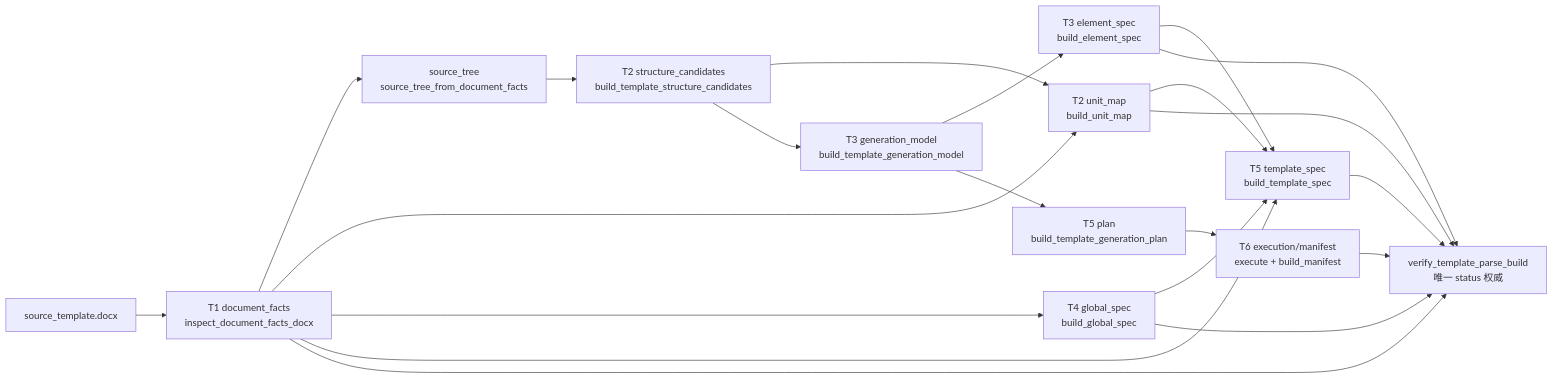
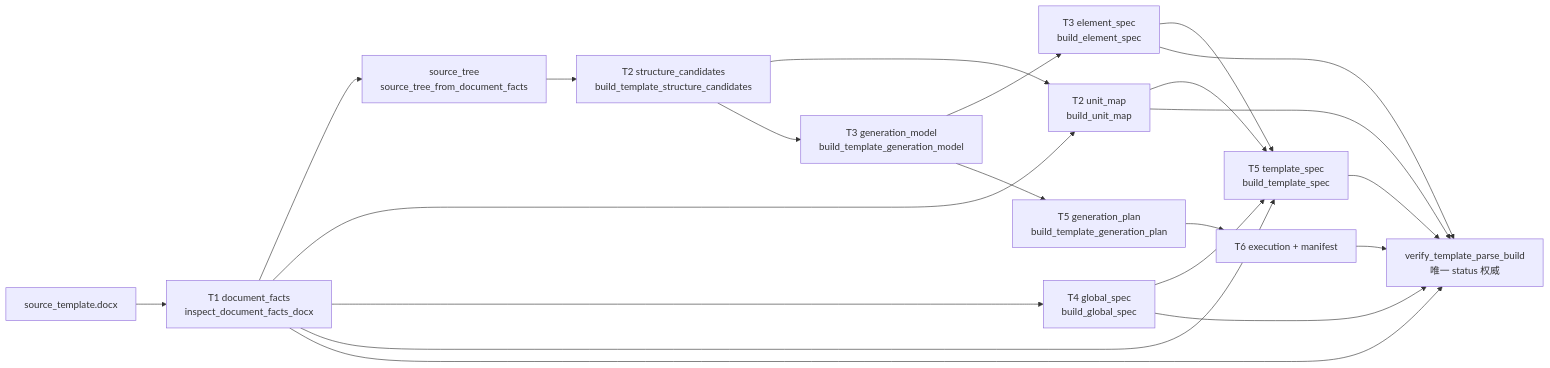
The first of 8 diagrams in docs/plans/template-parse-refactor-t2t3-agent-proposal-plan-01-current-code-ai-overlay.md (bamao88/docfit_v3), drawn with Mermaid before and after one commit. The commit also changed other lines of this file, not shown here.

Commit message:
docs: checkpoint t2t3 agent proposal plan

````diff
--- a/docs/plans/template-parse-refactor-t2t3-agent-proposal-plan-01-current-code-ai-overlay.md
+++ b/docs/plans/template-parse-refactor-t2t3-agent-proposal-plan-01-current-code-ai-overlay.md
@@ -30,23 +53,23 @@
 ```mermaid
 flowchart LR
   DOCX["source_template.docx"] --> T1["T1 document_facts\ninspect_document_facts_docx"]
   T1 --> ST["source_tree\nsource_tree_from_document_facts"]
-  ST --> T2A["T2 structure_candidates\nbuild_template_structure_candidates"]
-  T1 --> T2B["T2 unit_map\nbuild_unit_map"]
-  T2A --> T2B
-  T2A --> T3A["T3 generation_model\nbuild_template_generation_model"]
-  T3A --> T3B["T3 element_spec\nbuild_element_spec"]
-  T1 --> T4["T4 global_spec\nbuild_global_spec"]
-  T1 --> T5["T5 template_spec\nbuild_template_spec"]
-  T2B --> T5
-  T3B --> T5
-  T4 --> T5
-  T3A --> PLAN["T5 plan\nbuild_template_generation_plan"]
-  PLAN --> T6["T6 execution/manifest\nexecute + build_manifest"]
+  ST --> SC["T2 structure_candidates\nbuild_template_structure_candidates"]
+  T1 --> UM["T2 unit_map\nbuild_unit_map"]
+  SC --> UM
+  SC --> GM["T3 generation_model\nbuild_template_generation_model"]
+  GM --> ES["T3 element_spec\nbuild_element_spec"]
+  T1 --> GS["T4 global_spec\nbuild_global_spec"]
+  T1 --> TS["T5 template_spec\nbuild_template_spec"]
+  UM --> TS
+  ES --> TS
+  GS --> TS
+  GM --> PLAN["T5 generation_plan\nbuild_template_generation_plan"]
+  PLAN --> EXEC["T6 execution + manifest"]
   T1 --> VERIFY["verify_template_parse_build\n唯一 status 权威"]
-  T2B --> VERIFY
-  T3B --> VERIFY
-  T4 --> VERIFY
-  T5 --> VERIFY
-  T6 --> VERIFY
+  UM --> VERIFY
+  ES --> VERIFY
+  GS --> VERIFY
+  TS --> VERIFY
+  EXEC --> VERIFY
 ```
````
